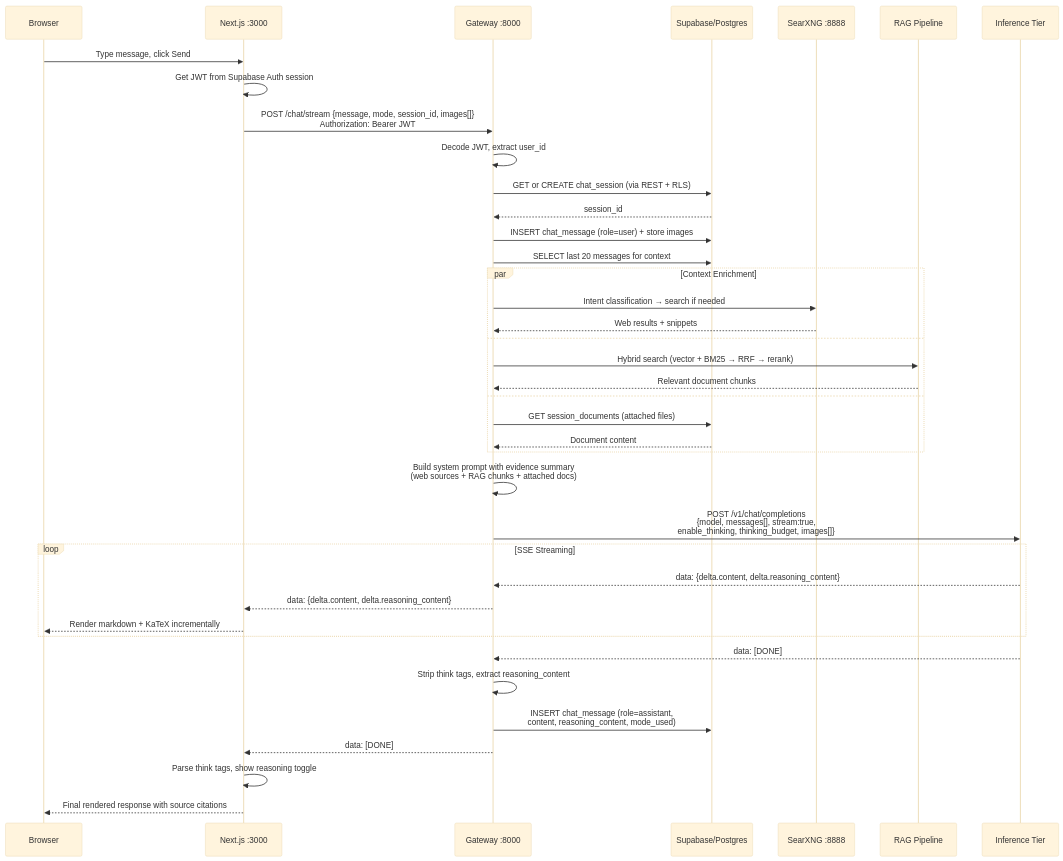
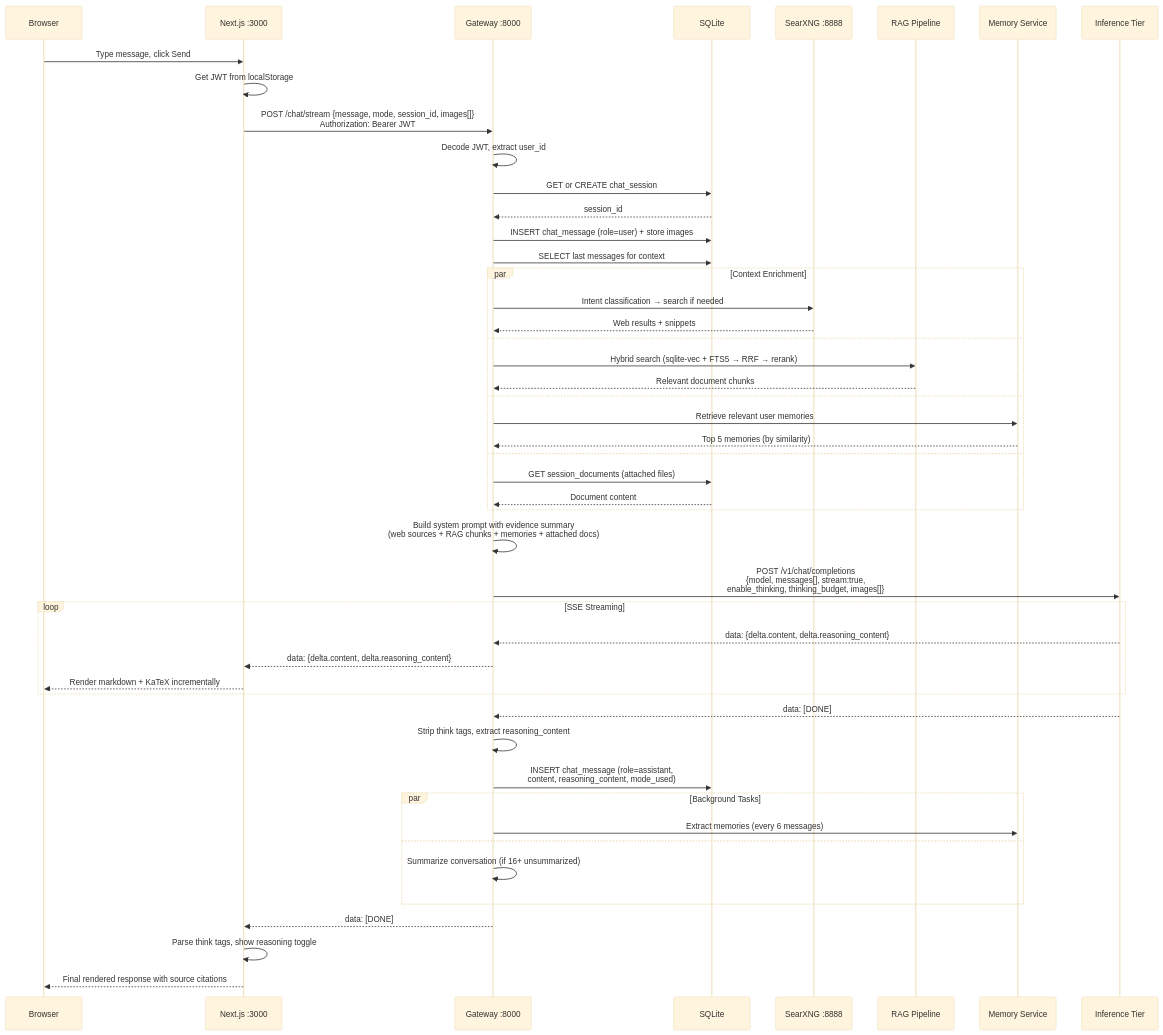
The second of 12 diagrams in full_system_architecture_map_730d3d3f.plan.md (Jimmy6929/Molebie_AI), drawn with Mermaid (base theme) before and after one commit. The commit also changed other lines of this file, not shown here.

First line of the commit message:
Replace Supabase with SQLite & add memories

````diff
--- a/full_system_architecture_map_730d3d3f.plan.md
+++ b/full_system_architecture_map_730d3d3f.plan.md
@@ -75,49 +69,60 @@
 ```mermaid
 sequenceDiagram
     participant U as Browser
     participant W as Next.js :3000
     participant G as Gateway :8000
-    participant DB as Supabase/Postgres
+    participant DB as SQLite
     participant S as SearXNG :8888
     participant RAG as RAG Pipeline
+    participant MEM as Memory Service
     participant LLM as Inference Tier
 
     U->>W: Type message, click Send
-    W->>W: Get JWT from Supabase Auth session
+    W->>W: Get JWT from localStorage
     W->>G: POST /chat/stream {message, mode, session_id, images[]}<br/>Authorization: Bearer JWT
 
     G->>G: Decode JWT, extract user_id
-    G->>DB: GET or CREATE chat_session (via REST + RLS)
+    G->>DB: GET or CREATE chat_session
     DB-->>G: session_id
 
     G->>DB: INSERT chat_message (role=user) + store images
-    G->>DB: SELECT last 20 messages for context
+    G->>DB: SELECT last messages for context
 
     par Context Enrichment
         G->>S: Intent classification → search if needed
         S-->>G: Web results + snippets
     and
-        G->>RAG: Hybrid search (vector + BM25 → RRF → rerank)
+        G->>RAG: Hybrid search (sqlite-vec + FTS5 → RRF → rerank)
         RAG-->>G: Relevant document chunks
+    and
+        G->>MEM: Retrieve relevant user memories
+        MEM-->>G: Top 5 memories (by similarity)
     and
         G->>DB: GET session_documents (attached files)
         DB-->>G: Document content
     end
 
-    G->>G: Build system prompt with evidence summary<br/>(web sources + RAG chunks + attached docs)
+    G->>G: Build system prompt with evidence summary<br/>(web sources + RAG chunks + memories + attached docs)
 
     G->>LLM: POST /v1/chat/completions<br/>{model, messages[], stream:true,<br/>enable_thinking, thinking_budget, images[]}
 
     loop SSE Streaming
         LLM-->>G: data: {delta.content, delta.reasoning_content}
         G-->>W: data: {delta.content, delta.reasoning_content}
         W-->>U: Render markdown + KaTeX incrementally
     end
 
     LLM-->>G: data: [DONE]
     G->>G: Strip think tags, extract reasoning_content
     G->>DB: INSERT chat_message (role=assistant,<br/>content, reasoning_content, mode_used)
+
+    par Background Tasks
+        G->>MEM: Extract memories (every 6 messages)
+    and
+        G->>G: Summarize conversation (if 16+ unsummarized)
+    end
+
     G-->>W: data: [DONE]
     W->>W: Parse think tags, show reasoning toggle
     W-->>U: Final rendered response with source citations
 ```
````
